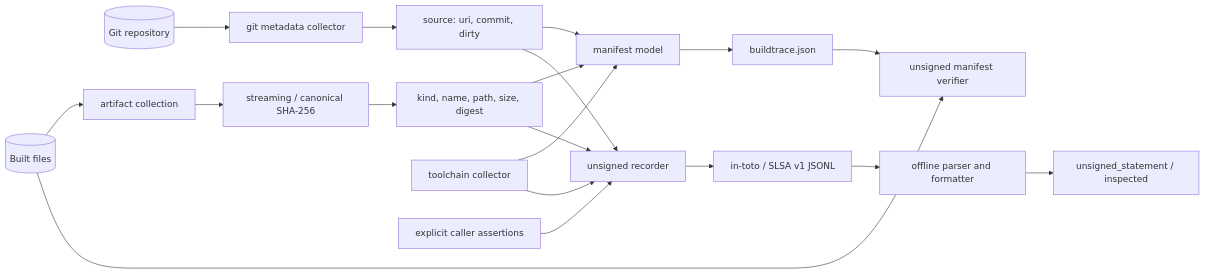
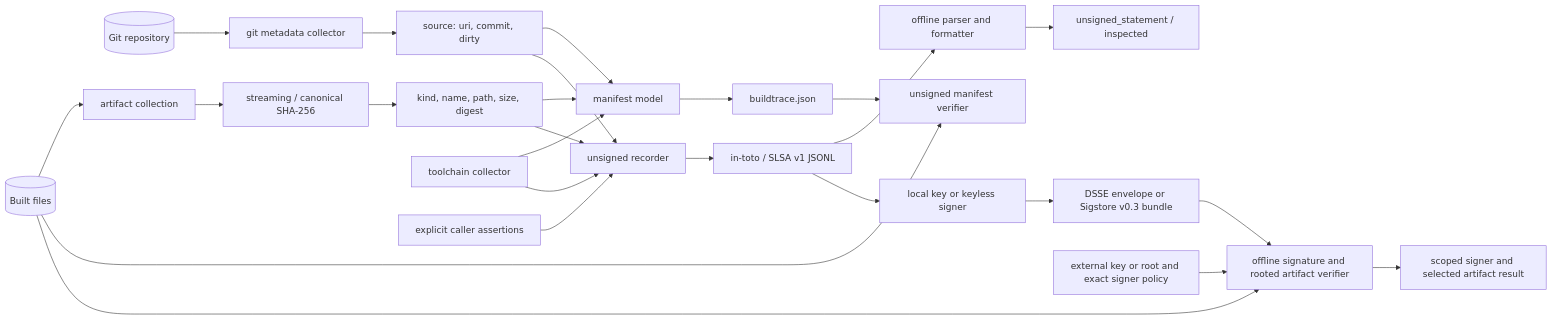
One commit to Shellghostt/BuildTrace changed the second of 2 diagrams in docs/ARCHITECTURE.md. Above: the diagram before and after it, drawn with Mermaid. The commit also changed other lines of this file and 10 other files, not shown here.

````diff
--- a/docs/ARCHITECTURE.md
+++ b/docs/ARCHITECTURE.md
@@ -42,21 +43,27 @@
 ```mermaid
 flowchart LR
     REPO[(Git repository)] --> GC[git metadata collector]
     GC --> SRC[source: uri, commit, dirty]
     FS[(Built files)] --> AC[artifact collection]
     AC --> HASH[streaming / canonical SHA-256]
     HASH --> ART[kind, name, path, size, digest]
     SRC --> MAN[manifest model]
     ART --> MAN
     TC[toolchain collector] --> MAN
     MAN --> JSON[buildtrace.json]
     JSON --> VERIFY[unsigned manifest verifier]
     FS --> VERIFY
     SRC --> REC[unsigned recorder]
     ART --> REC
     TC --> REC
     CLAIMS[explicit caller assertions] --> REC
     REC --> STMT[in-toto / SLSA v1 JSONL]
     STMT --> INSPECT[offline parser and formatter]
     INSPECT --> REPORT[unsigned_statement / inspected]
+    STMT --> SIGN[local key or keyless signer]
+    SIGN --> SIGNED[DSSE envelope or Sigstore v0.3 bundle]
+    SIGNED --> SV[offline signature and rooted artifact verifier]
+    FS --> SV
+    POLICY[external key or root and exact signer policy] --> SV
+    SV --> RESULT[scoped signer and selected artifact result]
 ```
````
